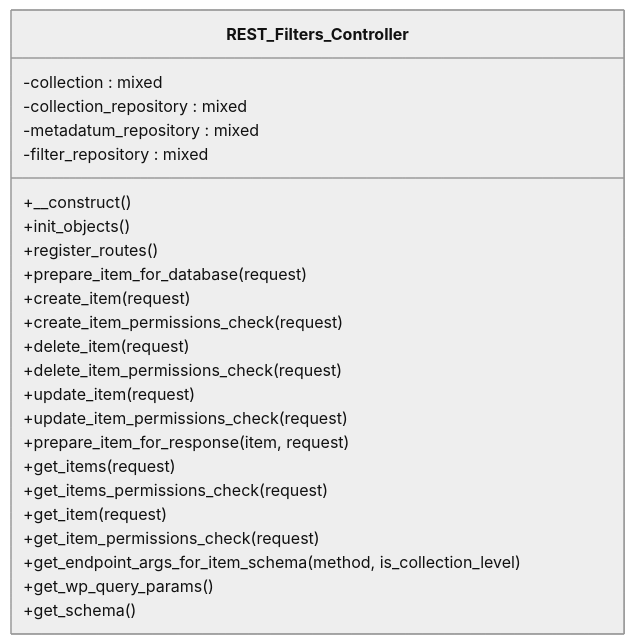
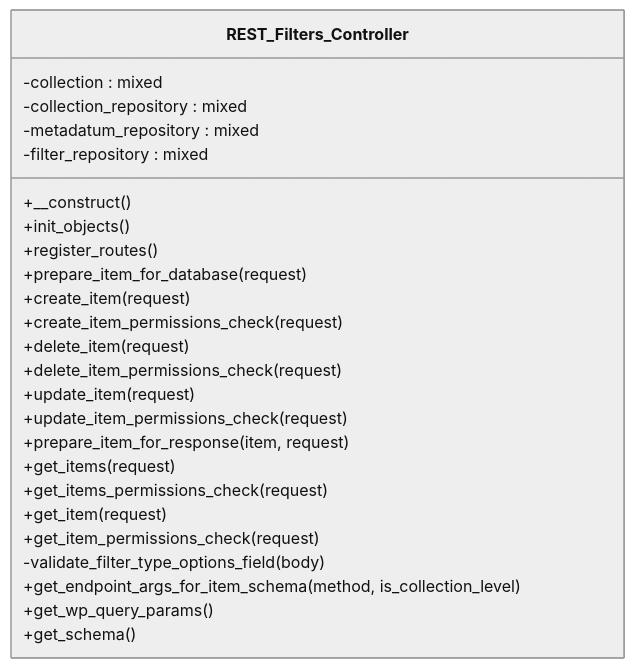
The diagram in docs/phpdoc/classes/Tainacan/API/EndPoints/REST_Filters_Controller.md (tainacan/tainacan), drawn with Mermaid (neutral theme) before and after one commit. The commit also changed other lines of this file and 51 other files, not shown here.

````diff
--- a/docs/phpdoc/classes/Tainacan/API/EndPoints/REST_Filters_Controller.md
+++ b/docs/phpdoc/classes/Tainacan/API/EndPoints/REST_Filters_Controller.md
@@ -15,28 +15,29 @@
 ```mermaid
 classDiagram
     direction TB
     class REST_Filters_Controller {
         -collection : mixed
         -collection_repository : mixed
         -metadatum_repository : mixed
         -filter_repository : mixed
         +__construct()
         +init_objects()
         +register_routes()
         +prepare_item_for_database(request)
         +create_item(request)
         +create_item_permissions_check(request)
         +delete_item(request)
         +delete_item_permissions_check(request)
         +update_item(request)
         +update_item_permissions_check(request)
         +prepare_item_for_response(item, request)
         +get_items(request)
         +get_items_permissions_check(request)
         +get_item(request)
         +get_item_permissions_check(request)
+        -validate_filter_type_options_field(body)
         +get_endpoint_args_for_item_schema(method, is_collection_level)
         +get_wp_query_params()
         +get_schema()
     }
 ```
````
